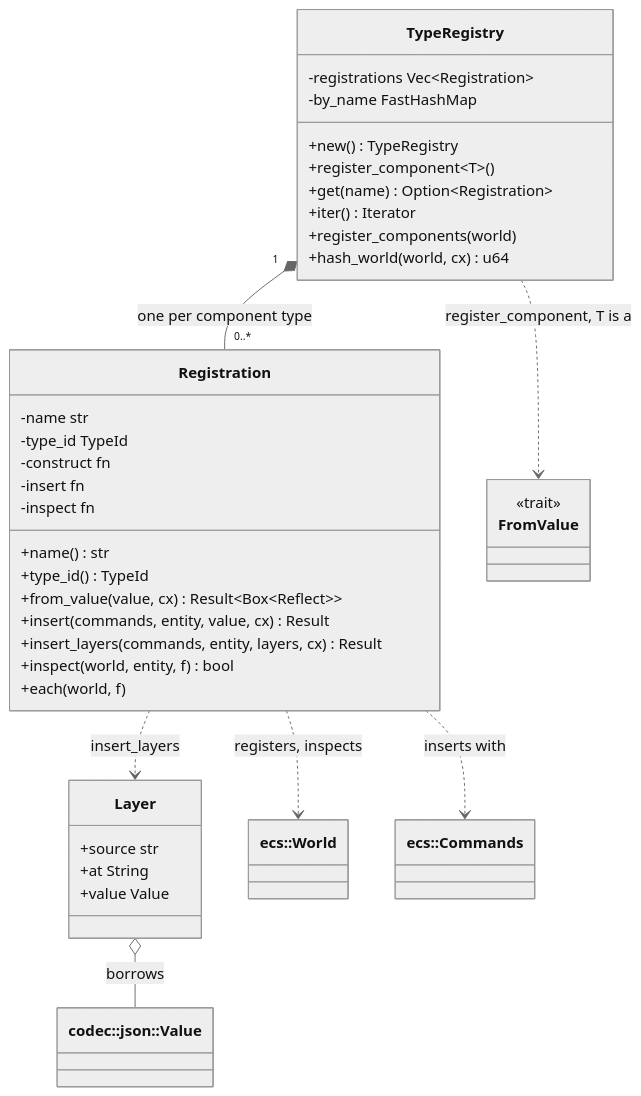
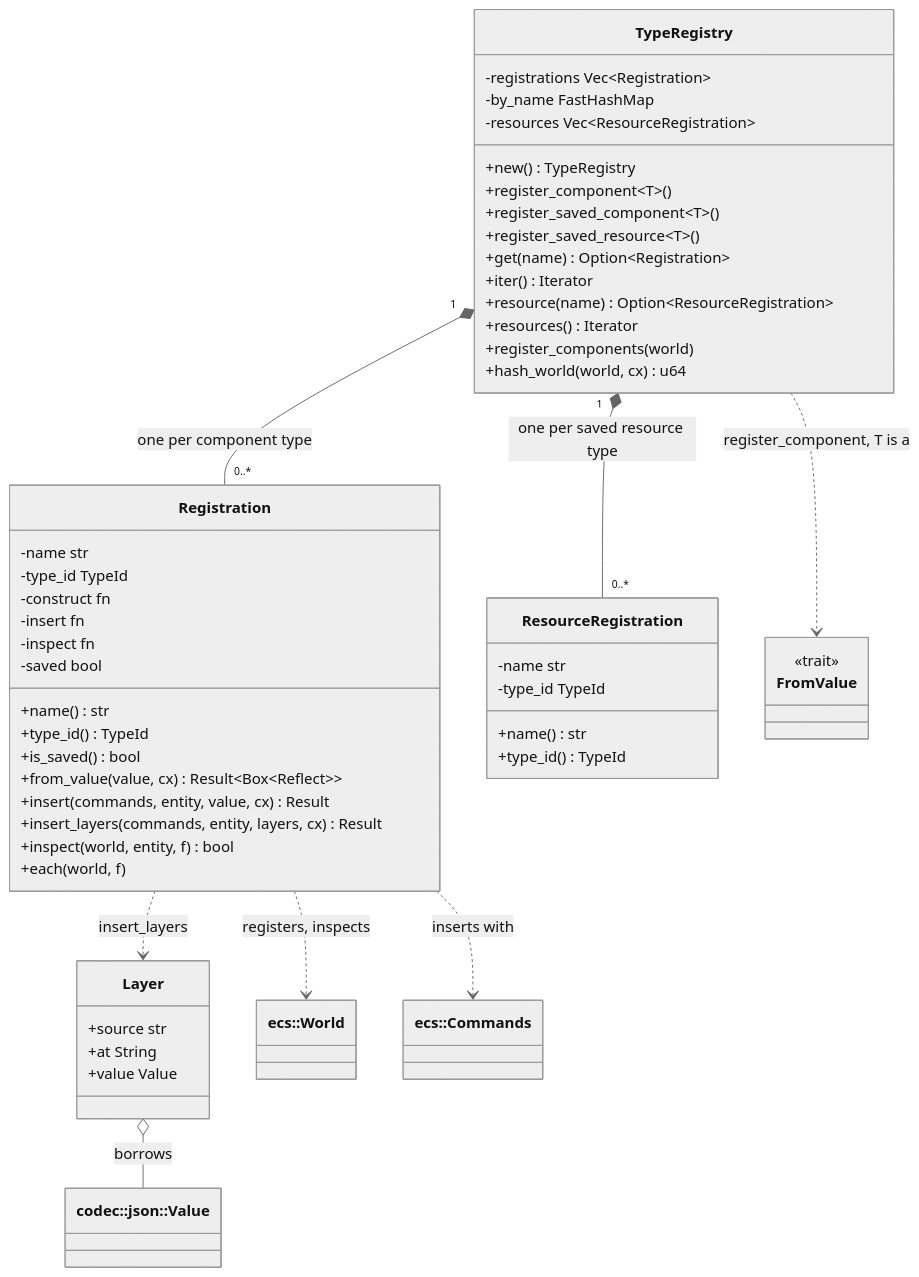
One commit to jabbott-iii/Nadir changed diagram 11 of 36 in diagrams/class-diagram.md. Above: the diagram before and after it, drawn with Mermaid (neutral theme). The commit also changed other lines of this file and 103 other files, not shown here.

````diff
--- a/diagrams/class-diagram.md
+++ b/diagrams/class-diagram.md
@@ -865,45 +868,59 @@
 ```mermaid
 classDiagram
     direction TB
     class TypeRegistry {
         -registrations Vec~Registration~
         -by_name FastHashMap
+        -resources Vec~ResourceRegistration~
         +new() TypeRegistry
         +register_component~T~()
+        +register_saved_component~T~()
+        +register_saved_resource~T~()
         +get(name) Option~Registration~
         +iter() Iterator
+        +resource(name) Option~ResourceRegistration~
+        +resources() Iterator
         +register_components(world)
         +hash_world(world, cx) u64
     }
     class Registration {
         -name str
         -type_id TypeId
         -construct fn
         -insert fn
         -inspect fn
+        -saved bool
         +name() str
         +type_id() TypeId
+        +is_saved() bool
         +from_value(value, cx) Result~Box~Reflect~~
         +insert(commands, entity, value, cx) Result
         +insert_layers(commands, entity, layers, cx) Result
         +inspect(world, entity, f) bool
         +each(world, f)
+    }
+    class ResourceRegistration {
+        -name str
+        -type_id TypeId
+        +name() str
+        +type_id() TypeId
     }
     class Layer {
         +source str
         +at String
         +value Value
     }
     class FromValue {
         <<trait>>
     }
     class Value["codec::json::Value"]
     class World["ecs::World"]
     class Commands["ecs::Commands"]
     TypeRegistry "1" *-- "0..*" Registration : one per component type
+    TypeRegistry "1" *-- "0..*" ResourceRegistration : one per saved resource type
     TypeRegistry ..> FromValue : register_component, T is a
     Registration ..> Commands : inserts with
     Registration ..> World : registers, inspects
     Registration ..> Layer : insert_layers
     Layer o-- Value : borrows
 ```
````
